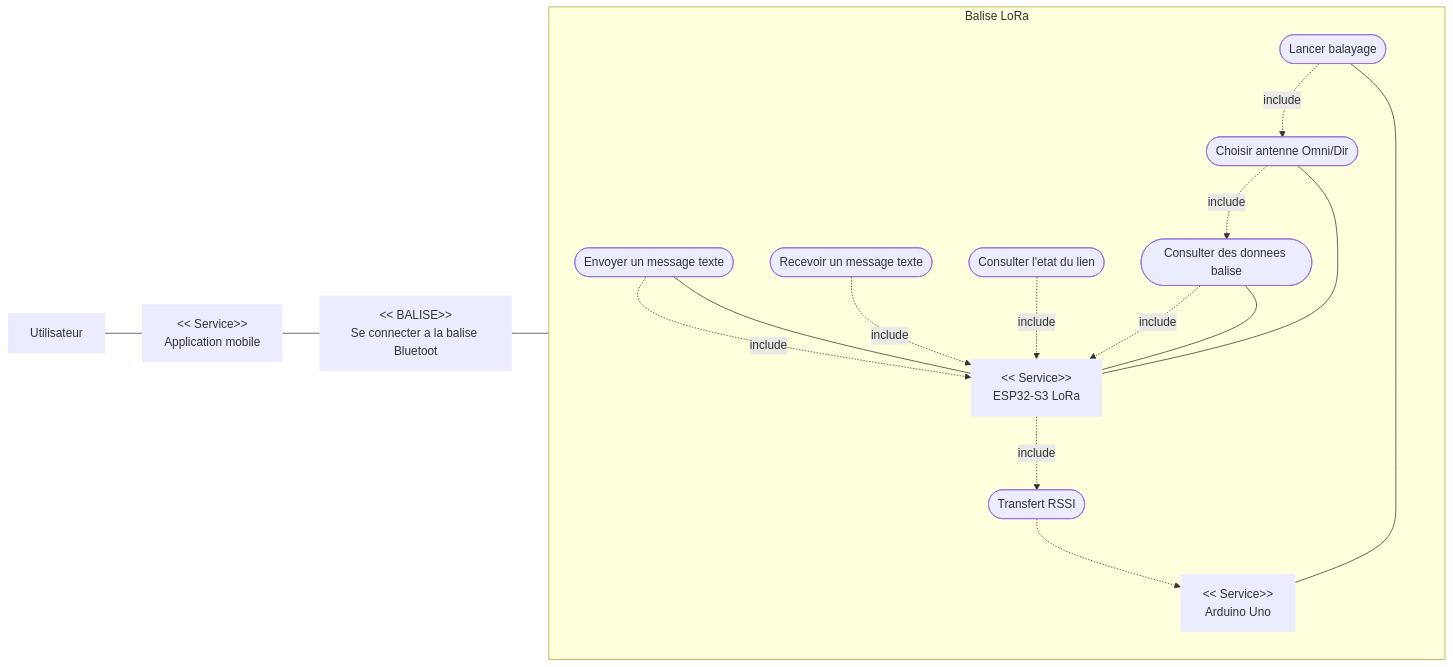
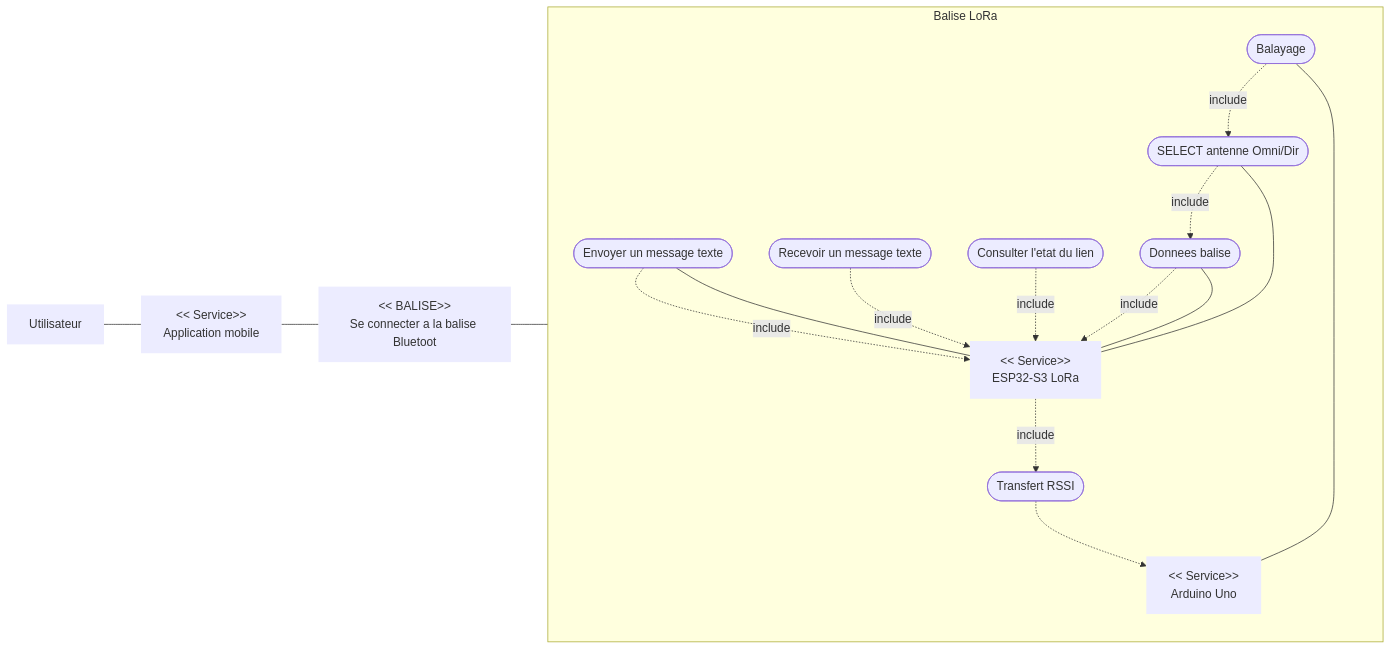
Before and after one commit to SHU445/Projet-LoRa-72h: the first of 7 diagrams in Diagrammes_SysML_Projet_LoRa.md, drawn with Mermaid.

Commit message:
"CorrectUseCase3.6"

````diff
--- a/Diagrammes_SysML_Projet_LoRa.md
+++ b/Diagrammes_SysML_Projet_LoRa.md
@@ -12,39 +12,39 @@
 ```mermaid
 flowchart LR
   rU["Utilisateur"]:::role
   rAPP["<< Service>>\nApplication mobile"]:::role
   rESP["<< Service>>\nESP32-S3 LoRa"]:::role
   rARD["<< Service>>\nArduino Uno"]:::role
   rCONN["<< BALISE>>\nSe connecter a la balise Bluetoot"]:::role
 
   subgraph S["Balise LoRa"]
     direction TB
     ucSend([Envoyer un message texte])
     ucReceive([Recevoir un message texte])
     ucStatus([Consulter l'etat du lien])
-    ucData([Consulter des donnees balise])
-    ucSelectAntenna([Choisir antenne Omni/Dir])
-    ucScan([Lancer balayage])
+    ucData([Donnees balise])
+    ucSelectAntenna([SELECT antenne Omni/Dir])
+    ucScan([Balayage])
     ucRssi([Transfert RSSI])
 
     ucSend -. include .-> rESP
     ucReceive -. include .-> rESP
     ucStatus -. include .-> rESP
     ucData -. include .-> rESP
     ucSelectAntenna -. include .-> ucData
     ucScan -. include .-> ucSelectAntenna
     rESP -. include .-> ucRssi .-> rARD
   end
 
   rU --- rAPP
   rAPP --- rCONN
   rCONN --- rESP
 
   ucSend --- rESP
   ucData --- rESP
   ucSelectAntenna --- rESP
 
   ucScan --- rARD
 
   classDef role stroke-width:0px;
 ```
````
